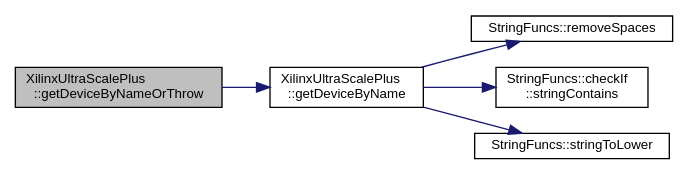
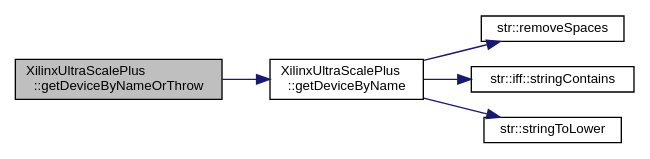
Before and after one commit to FPGA-Research-Manchester/byteman: the diagram in classXilinxUltraScalePlus_aa7161a5191cf43caf46263dbc82a45ef_cgraph.dot, drawn with Graphviz. The commit also changed 582 other files, not shown here.

```diff
--- a/classXilinxUltraScalePlus_aa7161a5191cf43caf46263dbc82a45ef_cgraph.dot
+++ b/classXilinxUltraScalePlus_aa7161a5191cf43caf46263dbc82a45ef_cgraph.dot
@@ -1,17 +1,17 @@
 digraph "XilinxUltraScalePlus::getDeviceByNameOrThrow"
 {
  // INTERACTIVE_SVG=YES
  // LATEX_PDF_SIZE
   edge [fontname="Helvetica",fontsize="10",labelfontname="Helvetica",labelfontsize="10"];
   node [fontname="Helvetica",fontsize="10",shape=record];
   rankdir="LR";
   Node1 [label="XilinxUltraScalePlus\l::getDeviceByNameOrThrow",height=0.2,width=0.4,color="black", fillcolor="grey75", style="filled", fontcolor="black",tooltip=" "];
   Node1 -> Node2 [color="midnightblue",fontsize="10",style="solid",fontname="Helvetica"];
   Node2 [label="XilinxUltraScalePlus\l::getDeviceByName",height=0.2,width=0.4,color="black", fillcolor="white", style="filled",URL="$classXilinxUltraScalePlus.html#aff5435669bcff7d1a37611e13d32a3f4",tooltip=" "];
   Node2 -> Node3 [color="midnightblue",fontsize="10",style="solid",fontname="Helvetica"];
-  Node3 [label="StringFuncs::removeSpaces",height=0.2,width=0.4,color="black", fillcolor="white", style="filled",URL="$namespaceStringFuncs.html#af6f37dbc02d5a46059fb1480b64a96f5",tooltip=" "];
+  Node3 [label="str::removeSpaces",height=0.2,width=0.4,color="black", fillcolor="white", style="filled",URL="$namespacestr.html#ac4f5b41b8703cf37f9eb80813b0d01cc",tooltip=" "];
   Node2 -> Node4 [color="midnightblue",fontsize="10",style="solid",fontname="Helvetica"];
-  Node4 [label="StringFuncs::checkIf\l::stringContains",height=0.2,width=0.4,color="black", fillcolor="white", style="filled",URL="$namespaceStringFuncs_1_1checkIf.html#a64521ae9d7929ba91335111fd918e970",tooltip=" "];
+  Node4 [label="str::iff::stringContains",height=0.2,width=0.4,color="black", fillcolor="white", style="filled",URL="$namespacestr_1_1iff.html#a1f19550a10f93dcfadd366fedf6bec90",tooltip=" "];
   Node2 -> Node5 [color="midnightblue",fontsize="10",style="solid",fontname="Helvetica"];
-  Node5 [label="StringFuncs::stringToLower",height=0.2,width=0.4,color="black", fillcolor="white", style="filled",URL="$namespaceStringFuncs.html#ad10abb222461616764fb4e5a1a5433d9",tooltip=" "];
+  Node5 [label="str::stringToLower",height=0.2,width=0.4,color="black", fillcolor="white", style="filled",URL="$namespacestr.html#a105c2a28a97e18e146cd18c000d2ecf5",tooltip=" "];
 }
```
